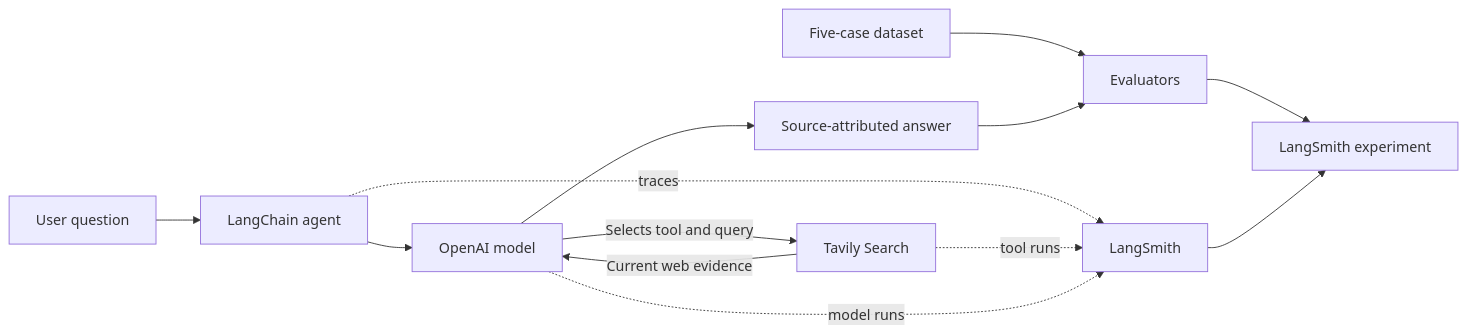
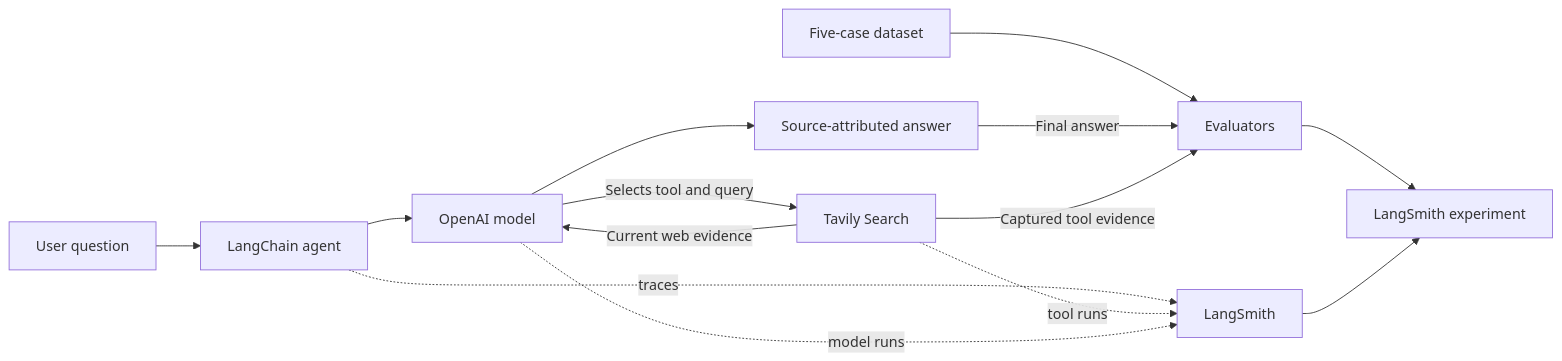
One commit to shoguepipek/tavily-langsmith-agent changed the diagram in README.md. Above: the diagram before and after it, drawn with Mermaid. The commit also changed other lines of this file and 1 other file, not shown here.

````diff
--- a/README.md
+++ b/README.md
@@ -23,17 +15,18 @@
 ```mermaid
 flowchart LR
     U[User question] --> A[LangChain agent]
     A --> M[OpenAI model]
     M -->|Selects tool and query| T[Tavily Search]
     T -->|Current web evidence| M
     M --> R[Source-attributed answer]
 
     A -. traces .-> L[LangSmith]
     T -. tool runs .-> L
     M -. model runs .-> L
 
     D[Five-case dataset] --> E[Evaluators]
-    R --> E
+    R -->|Final answer| E
+    T -->|Captured tool evidence| E
     E --> X[LangSmith experiment]
     L --> X
 ```
````
